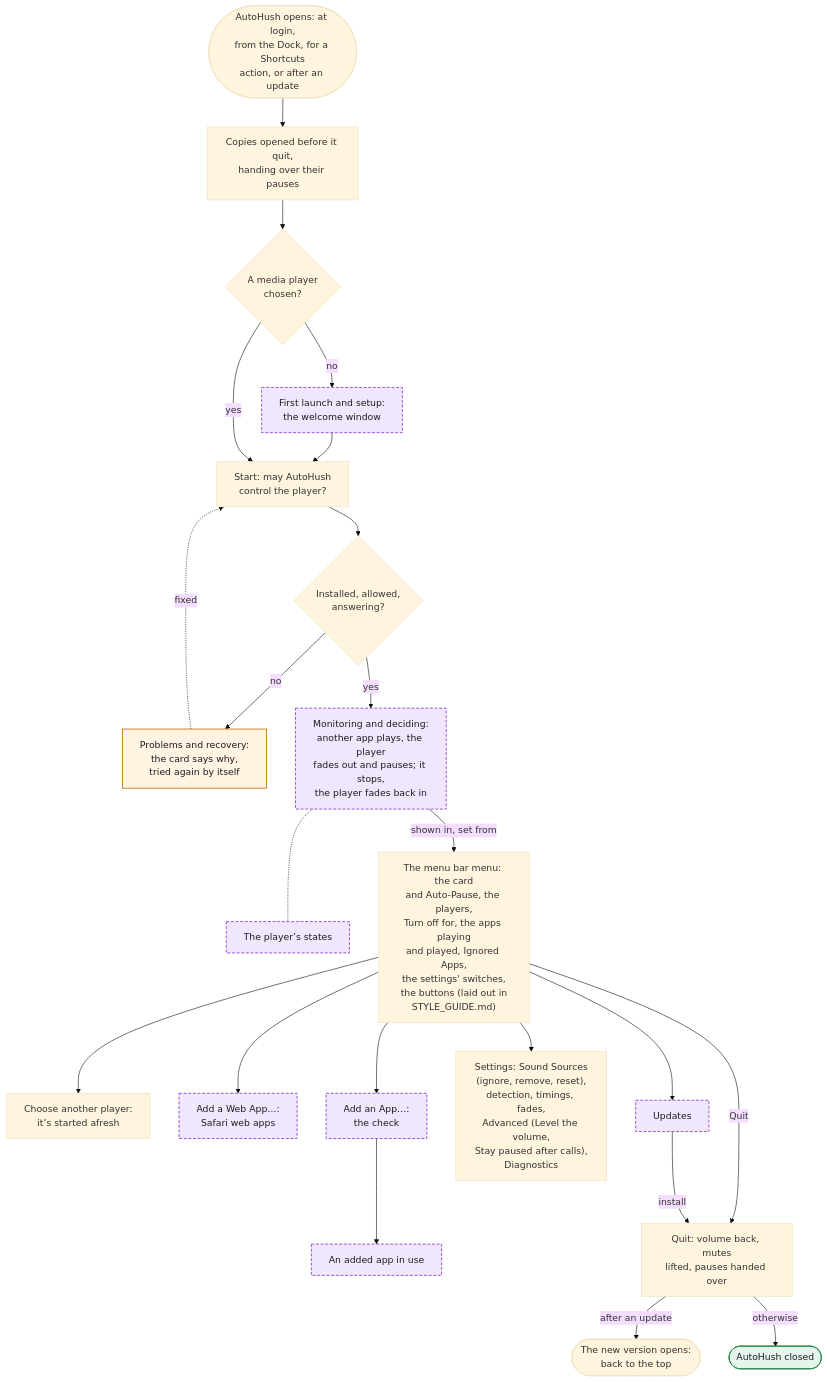
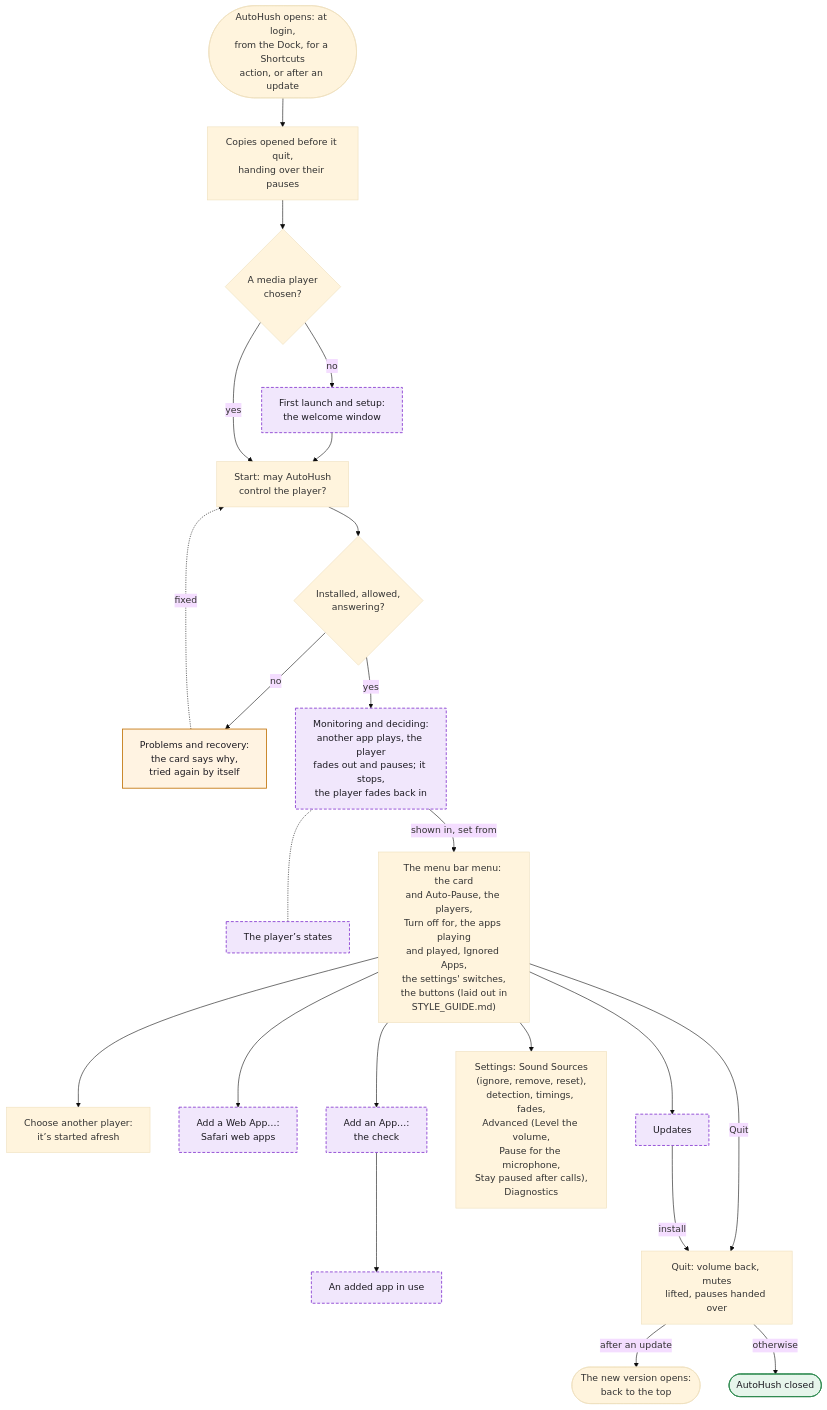
Before and after one commit to hfustercabre/AutoHush: the first of 14 diagrams in WORKFLOWS.md, drawn with Mermaid (base theme). The commit also changed other lines of this file and 29 other files, not shown here.

First line of the commit message:
feat: Pause for the microphone, and the menu's folding titles' chevron

````diff
--- a/WORKFLOWS.md
+++ b/WORKFLOWS.md
@@ -24,48 +24,48 @@
 ```mermaid
 flowchart TD
   L(["AutoHush opens: at login,<br/>from the Dock, for a Shortcuts<br/>action, or after an update"])
   O["Copies opened before it quit,<br/>handing over their pauses"]
   C{"A media player<br/>chosen?"}
   W["First launch and setup:<br/>the welcome window"]
   S["Start: may AutoHush<br/>control the player?"]
   P{"Installed, allowed,<br/>answering?"}
   R["Problems and recovery:<br/>the card says why,<br/>tried again by itself"]
   M["Monitoring and deciding:<br/>another app plays, the player<br/>fades out and pauses; it stops,<br/>the player fades back in"]
   ST["The player’s states"]
   MENU["The menu bar menu: the card<br/>and Auto-Pause, the players,<br/>Turn off for, the apps playing<br/>and played, Ignored Apps,<br/>the settings' switches,<br/>the buttons (laid out in<br/>STYLE_GUIDE.md)"]
   CH["Choose another player:<br/>it’s started afresh"]
   WA["Add a Web App…:<br/>Safari web apps"]
   AA["Add an App…:<br/>the check"]
   AU["An added app in use"]
-  SET["Settings: Sound Sources<br/>(ignore, remove, reset),<br/>detection, timings, fades,<br/>Advanced (Level the volume,<br/>Stay paused after calls),<br/>Diagnostics"]
+  SET["Settings: Sound Sources<br/>(ignore, remove, reset),<br/>detection, timings, fades,<br/>Advanced (Level the volume,<br/>Pause for the microphone,<br/>Stay paused after calls),<br/>Diagnostics"]
   UP["Updates"]
   Q["Quit: volume back, mutes<br/>lifted, pauses handed over"]
   RL(["The new version opens:<br/>back to the top"])
   QX(["AutoHush closed"])
 
   L --> O --> C
   C -->|"no"| W --> S
   C -->|"yes"| S
   S --> P
   P -->|"no"| R
   R -.->|"fixed"| S
   P -->|"yes"| M
   M -.- ST
   M -->|"shown in, set from"| MENU
   MENU --> CH
   MENU --> WA
   MENU --> AA --> AU
   MENU --> SET
   MENU --> UP
   MENU -->|"Quit"| Q
   UP -->|"install"| Q
   Q -->|"after an update"| RL
   Q -->|"otherwise"| QX
 
   class W,M,ST,WA,AA,AU,UP ref
   class R warn
   class QX done
   classDef ref fill:#f1e7fc,stroke:#8a3fd1,stroke-width:1.5px,stroke-dasharray: 5 3,color:#1d1b22
   classDef warn fill:#fff3e2,stroke:#c47812,stroke-width:1.5px,color:#1d1b22
   classDef done fill:#e6f5eb,stroke:#2f8a50,stroke-width:1.5px,color:#1d1b22
 ```
````
